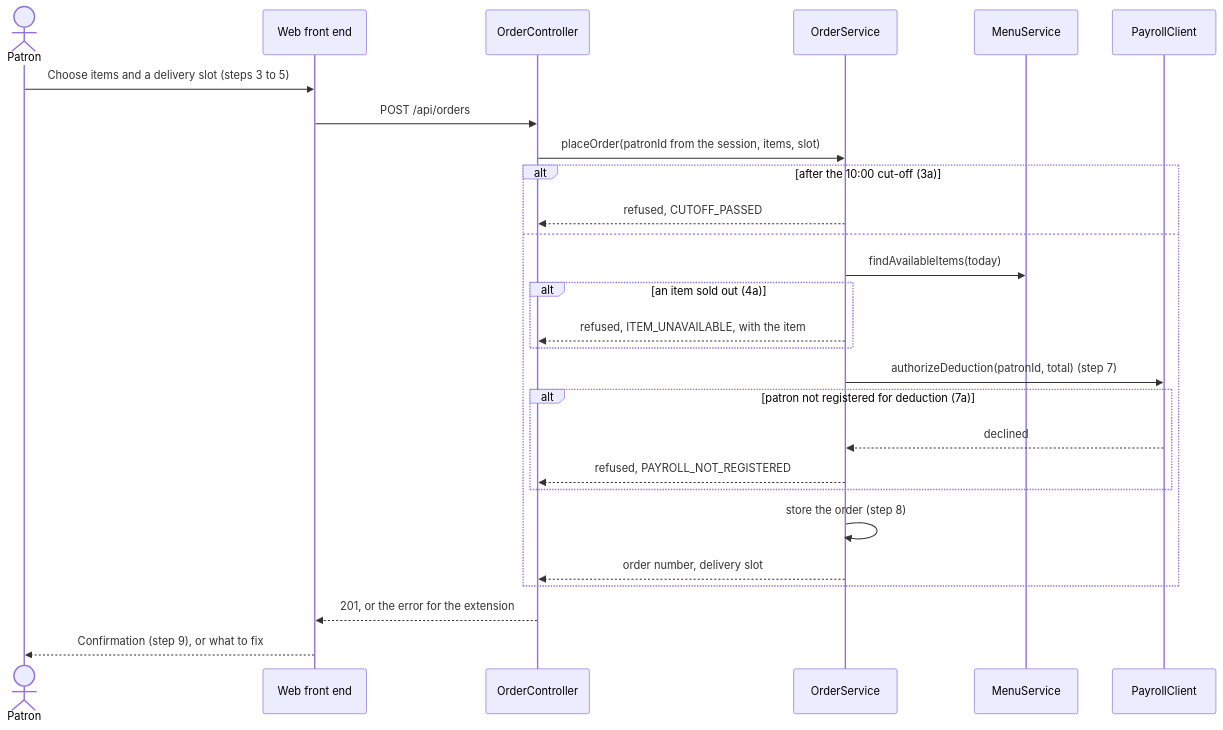
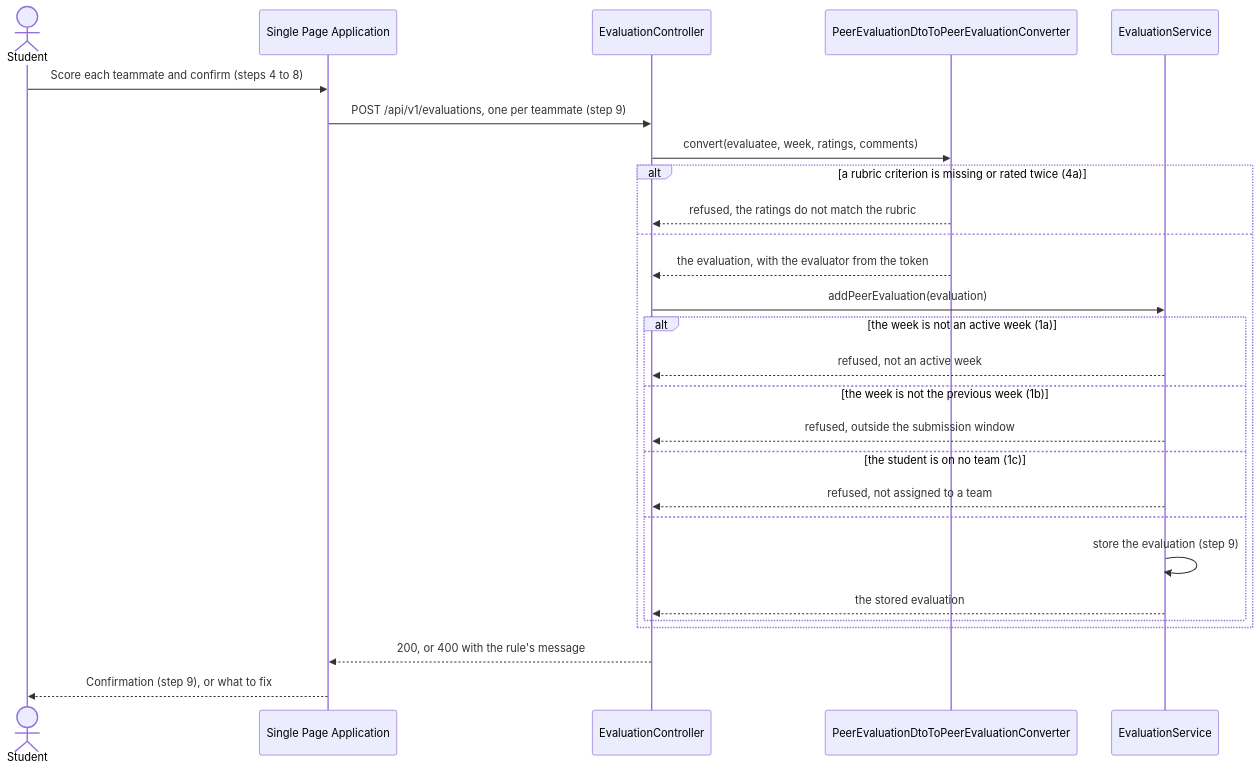
The second of 2 diagrams in design/design-of-record.md (tcu-cosc-40943/course-templates), drawn with Mermaid before and after one commit. The commit also changed other lines of this file and 3 other files, not shown here.

First line of the commit message:
Use Project Pulse's peer evaluation submission as the design-of-record example

````diff
--- a/design/design-of-record.md
+++ b/design/design-of-record.md
@@ -87,29 +98,29 @@
 ```mermaid
 sequenceDiagram
-    actor P as Patron
-    participant WEB as Web front end
-    participant OC as OrderController
-    participant OS as OrderService
-    participant MS as MenuService
-    participant PC as PayrollClient
-    P->>WEB: Choose items and a delivery slot (steps 3 to 5)
-    WEB->>OC: POST /api/orders
-    OC->>OS: placeOrder(patronId from the session, items, slot)
-    alt after the 10:00 cut-off (3a)
-        OS-->>OC: refused, CUTOFF_PASSED
+    actor S as Student
+    participant SPA as Single Page Application
+    participant EC as EvaluationController
+    participant CV as PeerEvaluationDtoToPeerEvaluationConverter
+    participant ES as EvaluationService
+    S->>SPA: Score each teammate and confirm (steps 4 to 8)
+    SPA->>EC: POST /api/v1/evaluations, one per teammate (step 9)
+    EC->>CV: convert(evaluatee, week, ratings, comments)
+    alt a rubric criterion is missing or rated twice (4a)
+        CV-->>EC: refused, the ratings do not match the rubric
     else
-        OS->>MS: findAvailableItems(today)
-        alt an item sold out (4a)
-            OS-->>OC: refused, ITEM_UNAVAILABLE, with the item
+        CV-->>EC: the evaluation, with the evaluator from the token
+        EC->>ES: addPeerEvaluation(evaluation)
+        alt the week is not an active week (1a)
+            ES-->>EC: refused, not an active week
+        else the week is not the previous week (1b)
+            ES-->>EC: refused, outside the submission window
+        else the student is on no team (1c)
+            ES-->>EC: refused, not assigned to a team
+        else
+            ES->>ES: store the evaluation (step 9)
+            ES-->>EC: the stored evaluation
         end
-        OS->>PC: authorizeDeduction(patronId, total) (step 7)
-        alt patron not registered for deduction (7a)
-            PC-->>OS: declined
-            OS-->>OC: refused, PAYROLL_NOT_REGISTERED
-        end
-        OS->>OS: store the order (step 8)
-        OS-->>OC: order number, delivery slot
     end
-    OC-->>WEB: 201, or the error for the extension
-    WEB-->>P: Confirmation (step 9), or what to fix
+    EC-->>SPA: 200, or 400 with the rule's message
+    SPA-->>S: Confirmation (step 9), or what to fix
 ```
````
